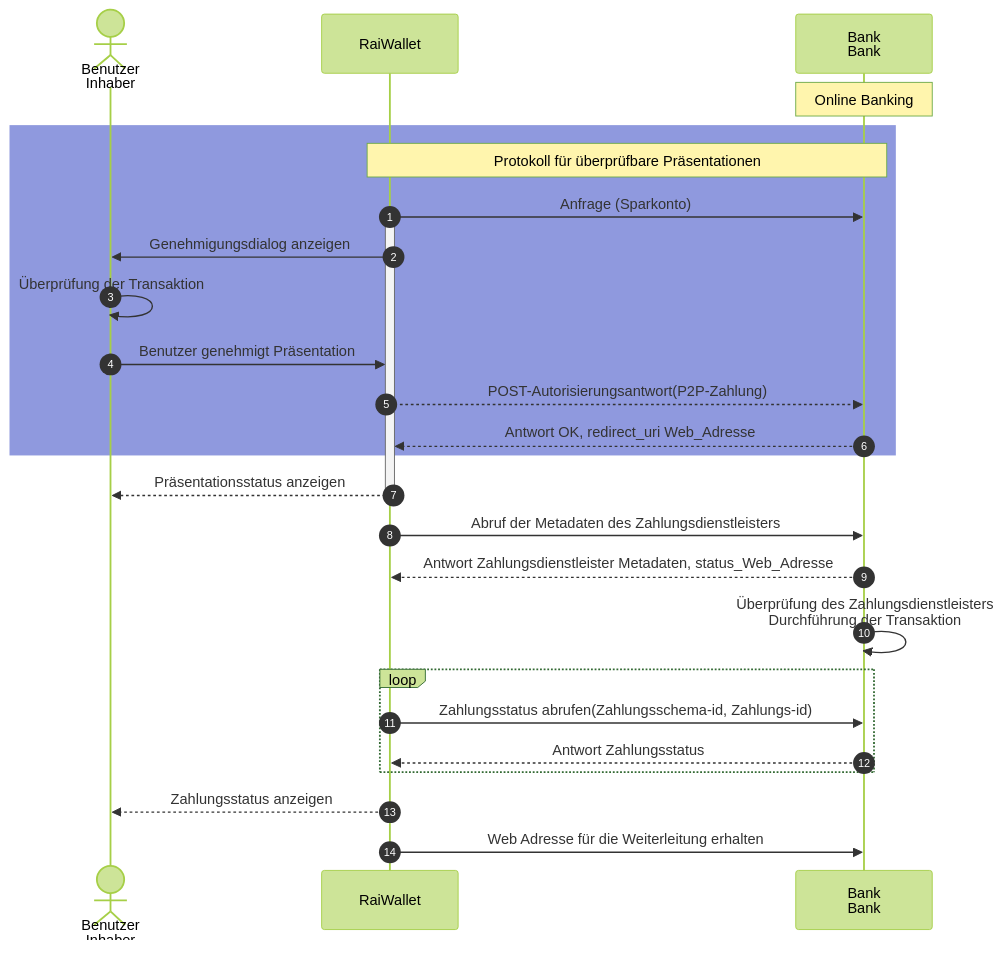
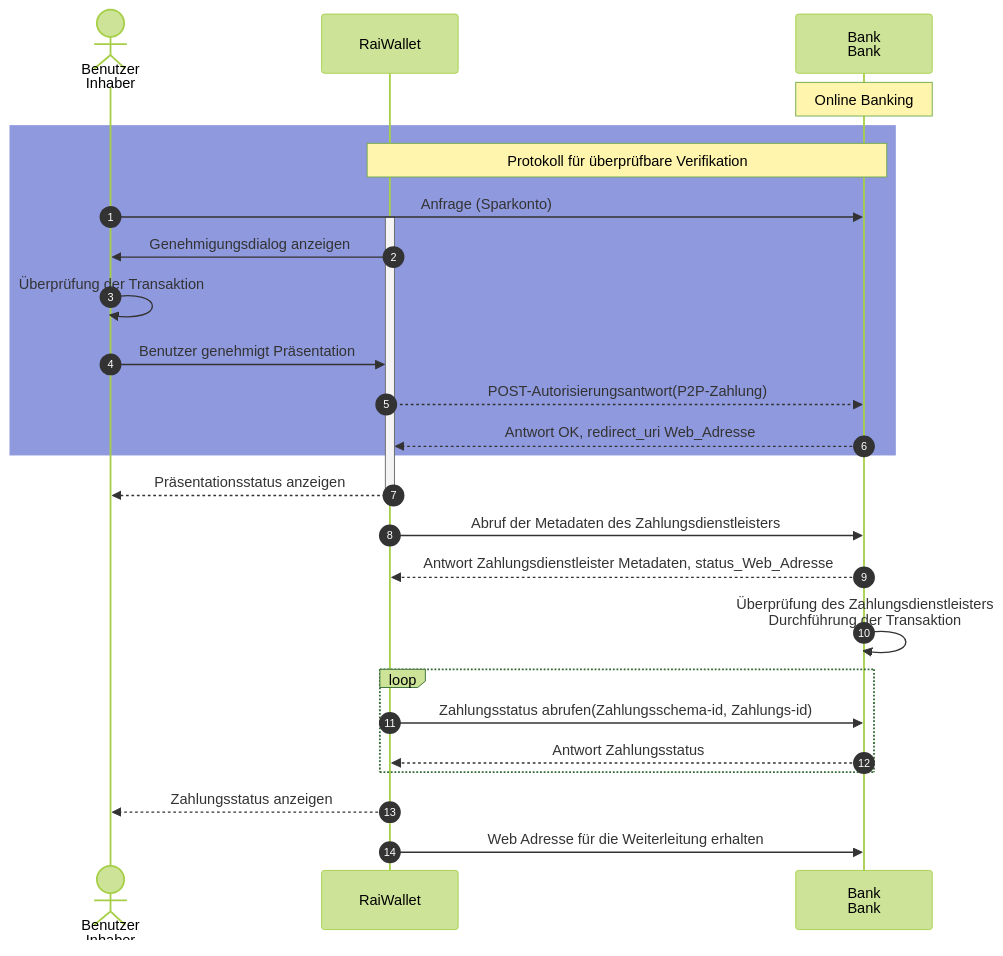
One commit to frogman/tomcat changed the diagram in readme1.md. Above: the diagram before and after it, drawn with Mermaid (forest theme).

````diff
--- a/readme1.md
+++ b/readme1.md
@@ -1,33 +1,33 @@
 ```mermaid
 
 sequenceDiagram
     autonumber
     actor user as Benutzer<br/>Inhaber
     participant wallet as RaiWallet 
     participant psp as Bank<br/>Bank
 
     Note over psp: Online Banking
     rect rgb(143, 153, 222)
-    note over wallet, psp: Protokoll für überprüfbare Präsentationen
-    wallet ->> psp: Anfrage (Sparkonto)
+    note over wallet, psp: Protokoll für überprüfbare Verifikation
+    user ->> psp: Anfrage (Sparkonto)
     activate wallet
     wallet ->> user: Genehmigungsdialog anzeigen
     user ->> user: Überprüfung der Transaktion
     user ->> wallet: Benutzer genehmigt Präsentation
     wallet -->> psp: POST-Autorisierungsantwort(P2P-Zahlung)
     psp -->> wallet: Antwort OK, redirect_uri Web_Adresse
     end
     wallet -->> user: Präsentationsstatus anzeigen
     deactivate wallet
     wallet ->> psp: Abruf der Metadaten des Zahlungsdienstleisters
     psp -->> wallet: Antwort Zahlungsdienstleister Metadaten, status_Web_Adresse
     psp ->> psp: Überprüfung des Zahlungsdienstleisters <br/> Durchführung der Transaktion
     loop
     wallet ->> psp: Zahlungsstatus abrufen(Zahlungsschema-id, Zahlungs-id)
 
     psp -->> wallet: Antwort Zahlungsstatus 
     end
     wallet -->> user: Zahlungsstatus anzeigen
     wallet ->> psp: Web Adresse für die Weiterleitung erhalten
 
 ```
````
